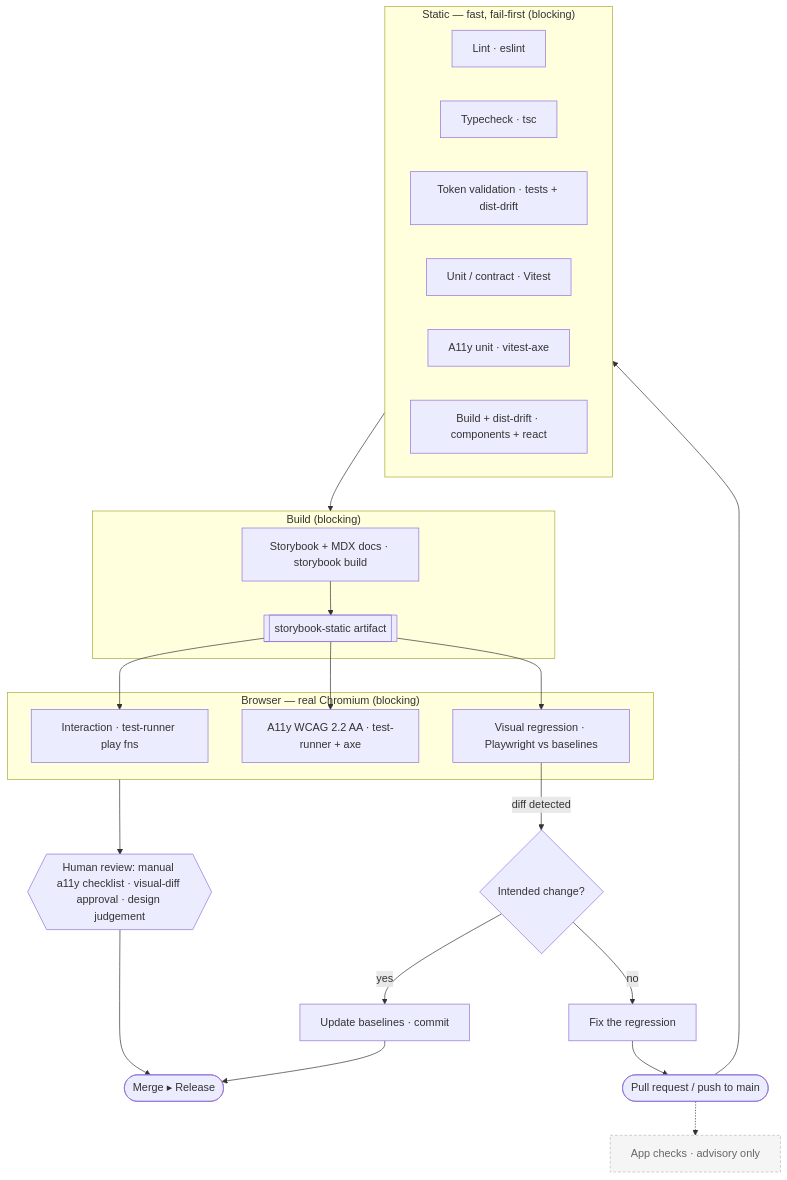
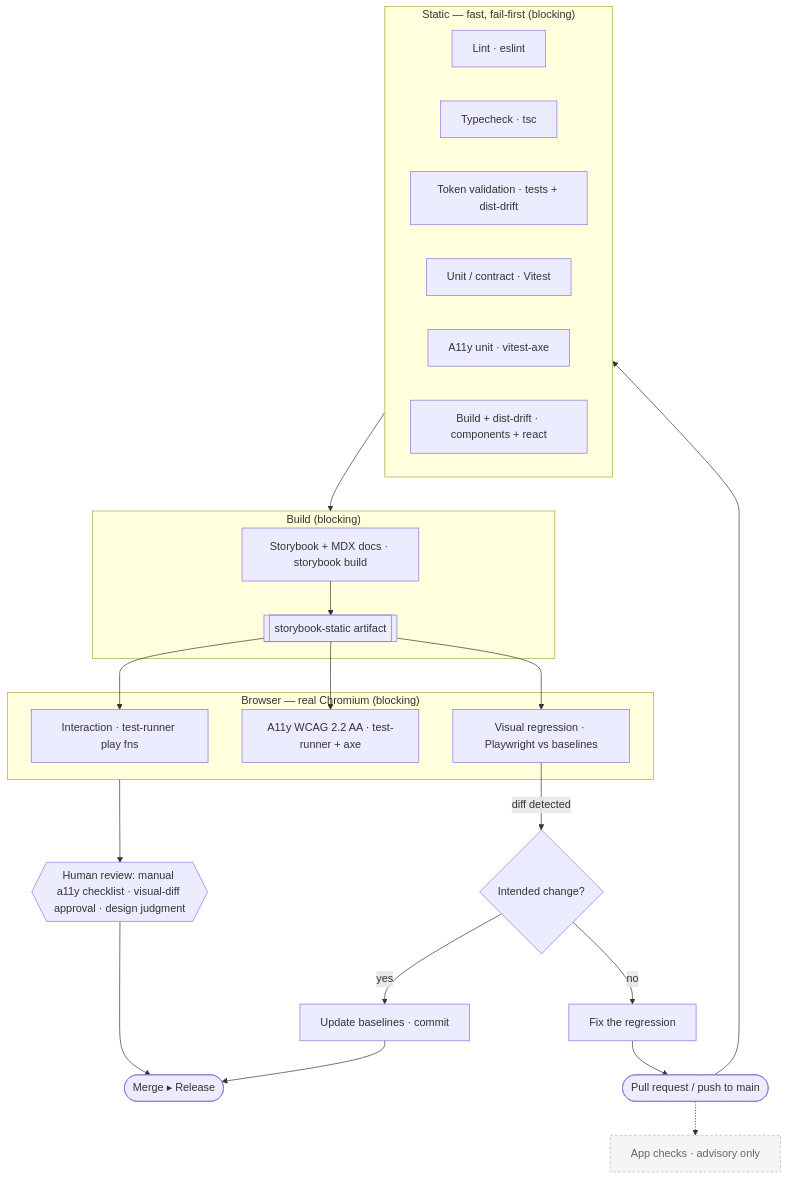
The diagram in docs/QUALITY-STRATEGY.md (clindenmayer1/envision-design-system), drawn with Mermaid before and after one commit. The commit also changed other lines of this file and 309 other files, not shown here.

````diff
--- a/docs/QUALITY-STRATEGY.md
+++ b/docs/QUALITY-STRATEGY.md
@@ -46,42 +46,42 @@
 ```mermaid
 flowchart TB
   PR([Pull request / push to main])
 
   subgraph STATIC["Static — fast, fail-first (blocking)"]
     L1[Lint · eslint]
     L2[Typecheck · tsc]
     L3[Token validation · tests + dist-drift]
     L4[Unit / contract · Vitest]
     L5[A11y unit · vitest-axe]
     L6[Build + dist-drift · components + react]
   end
 
   subgraph BUILD["Build (blocking)"]
     L7[Storybook + MDX docs · storybook build]
     ART[[storybook-static artifact]]
   end
 
   subgraph BROWSER["Browser — real Chromium (blocking)"]
     L8[Interaction · test-runner play fns]
     L9[A11y WCAG 2.2 AA · test-runner + axe]
     L10[Visual regression · Playwright vs baselines]
   end
 
-  HUMAN{{Human review: manual a11y checklist · visual-diff approval · design judgement}}
+  HUMAN{{Human review: manual a11y checklist · visual-diff approval · design judgment}}
   MERGE([Merge ▸ Release])
   ADV[App checks · advisory only]:::adv
 
   PR --> STATIC --> BUILD
   L7 --> ART
   ART --> L8 & L9 & L10
   BROWSER --> HUMAN --> MERGE
   PR -.-> ADV
 
   L10 -- diff detected --> REVIEW{Intended change?}
   REVIEW -- yes --> APPROVE[Update baselines · commit]
   REVIEW -- no --> FIX[Fix the regression]
   APPROVE --> MERGE
   FIX --> PR
 
   classDef adv fill:#f5f5f5,stroke:#bbb,color:#666,stroke-dasharray:4 3;
 ```
````
